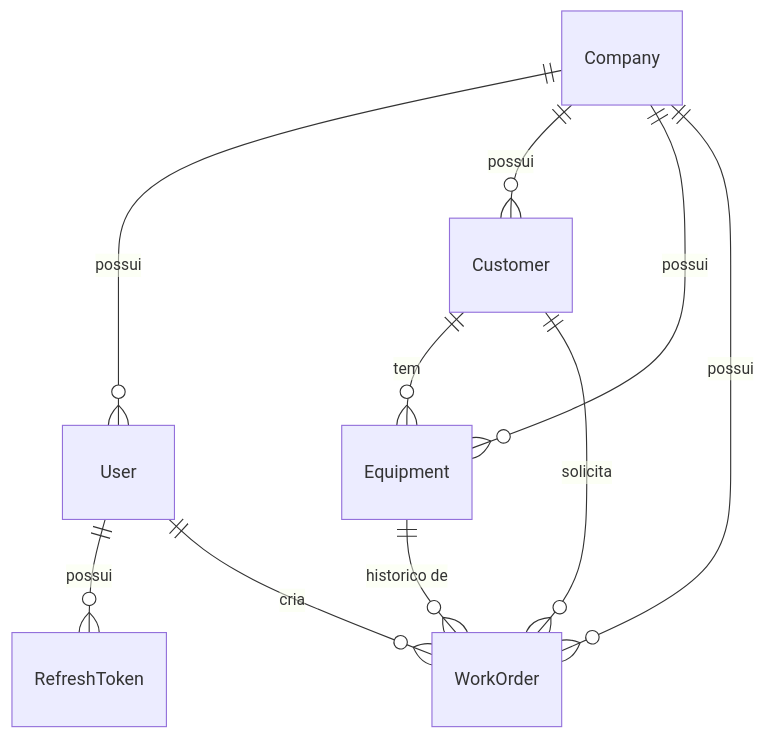
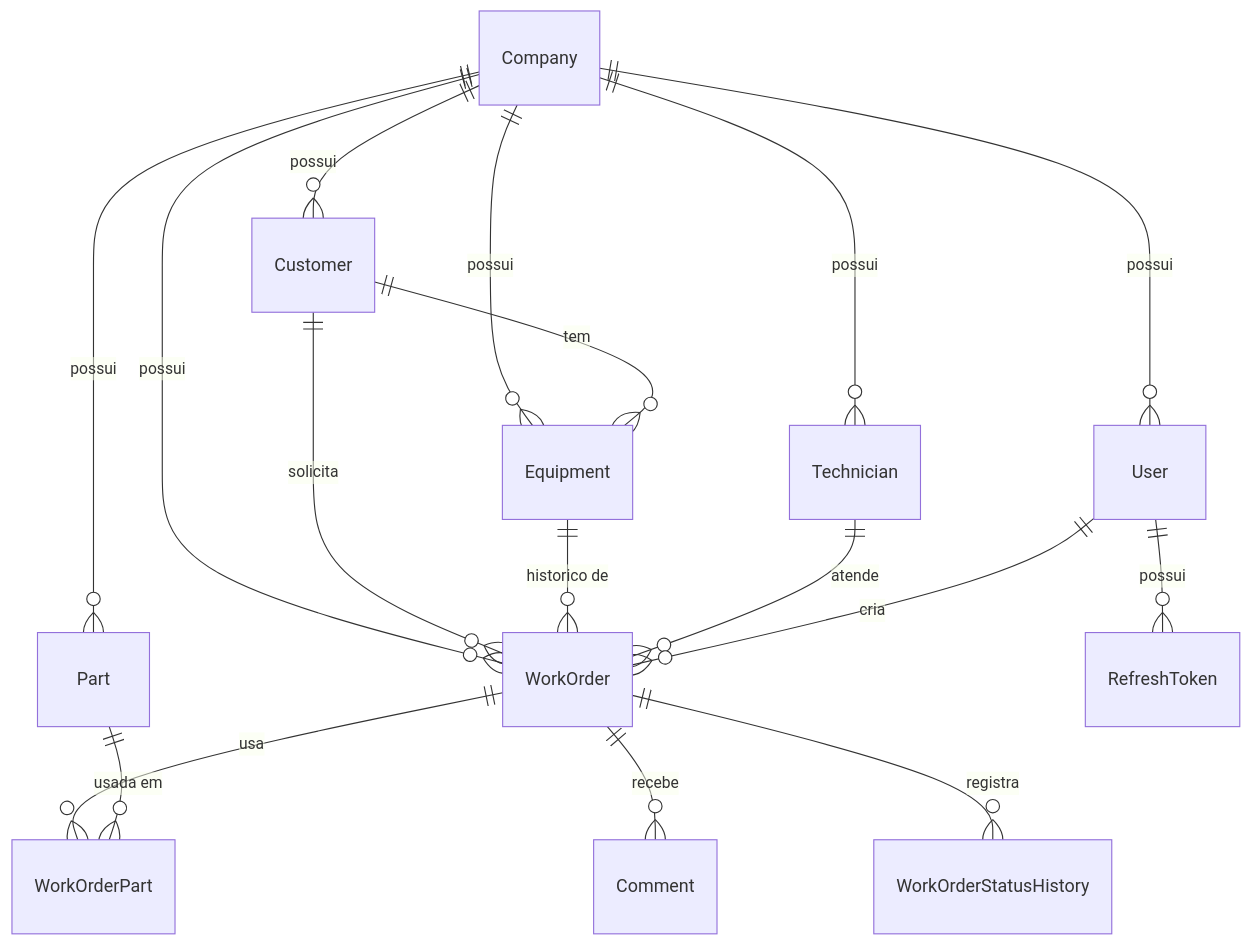
One commit to felipedefendi/fieldcore-api changed the diagram in README.md. Above: the diagram before and after it, drawn with Mermaid. The commit also changed other lines of this file and 30 other files, not shown here.

````diff
--- a/README.md
+++ b/README.md
@@ -38,12 +42,19 @@
 ```mermaid
 erDiagram
     Company ||--o{ User : possui
     Company ||--o{ Customer : possui
     Company ||--o{ Equipment : possui
     Company ||--o{ WorkOrder : possui
+    Company ||--o{ Technician : possui
+    Company ||--o{ Part : possui
     Customer ||--o{ Equipment : tem
     Customer ||--o{ WorkOrder : solicita
     Equipment ||--o{ WorkOrder : "historico de"
+    Technician ||--o{ WorkOrder : atende
+    WorkOrder ||--o{ WorkOrderPart : usa
+    WorkOrder ||--o{ Comment : recebe
+    WorkOrder ||--o{ WorkOrderStatusHistory : registra
+    Part ||--o{ WorkOrderPart : "usada em"
     User ||--o{ RefreshToken : possui
     User ||--o{ WorkOrder : cria
 ```
````
